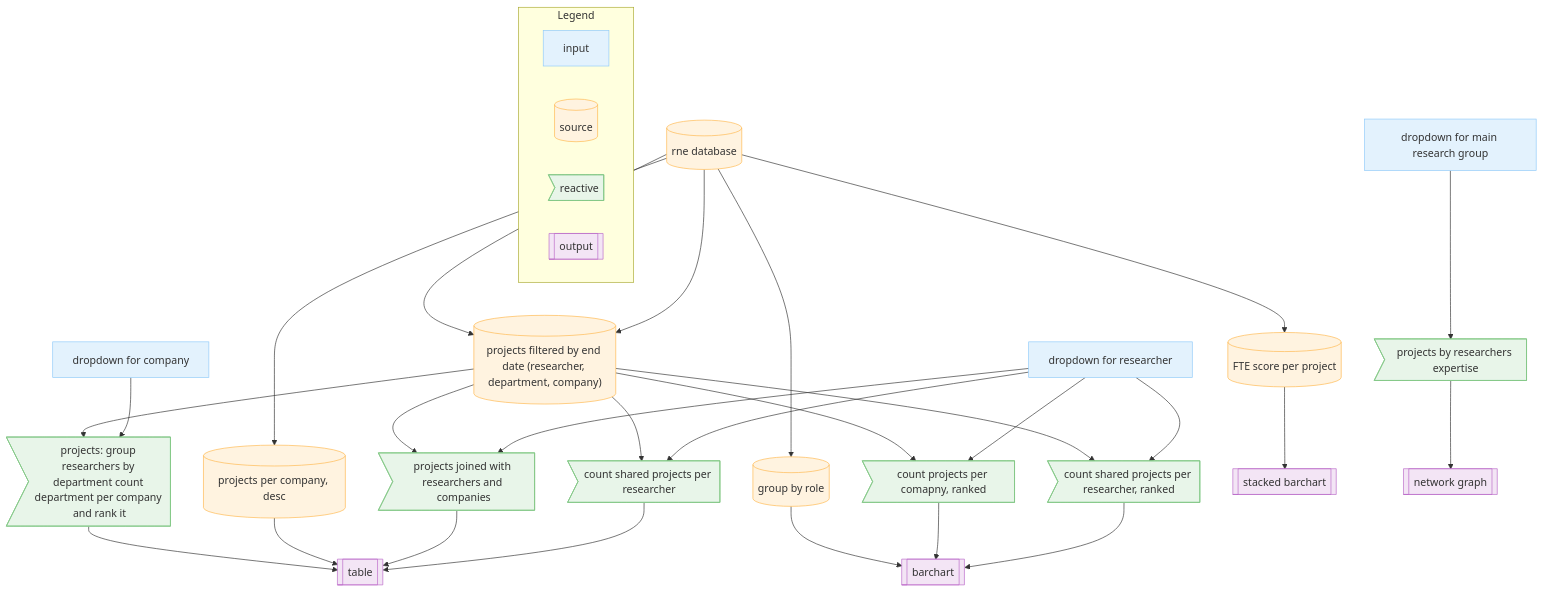
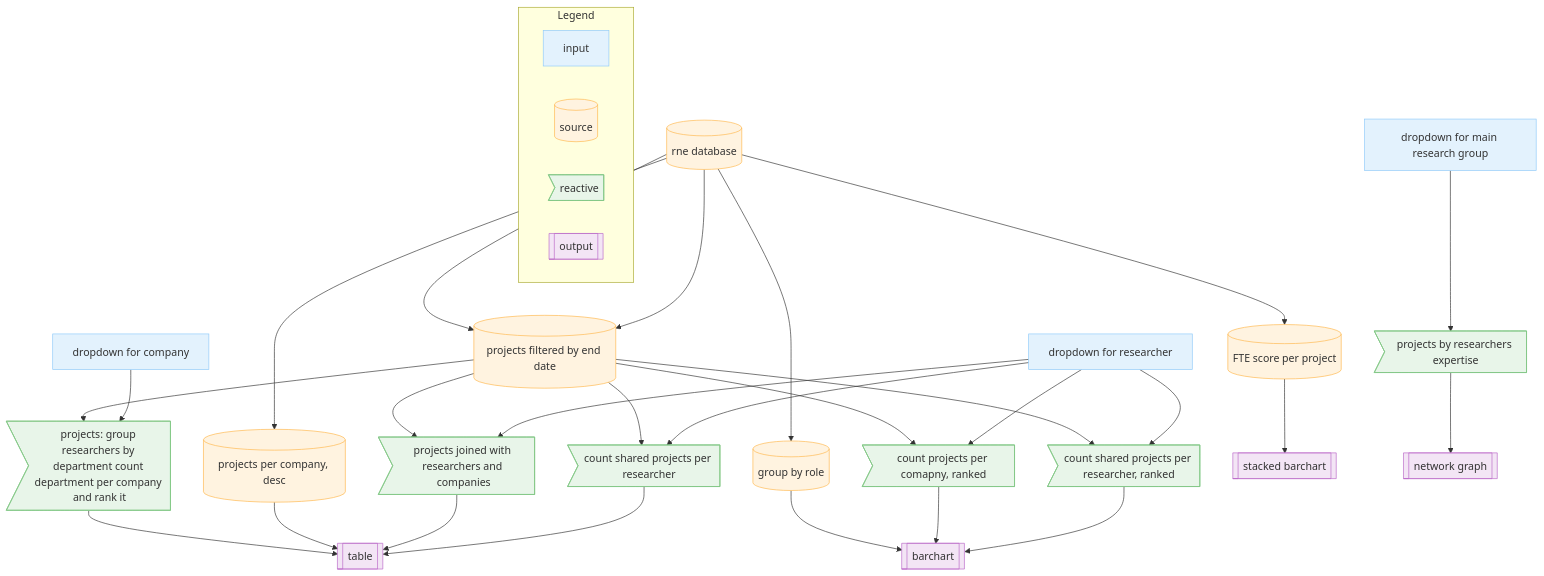
The diagram in theory/mermaid/example_flowchart_mermaid.mmd (ihno999/ReE_group1), drawn with Mermaid before and after one commit.

Commit message:
feature: last version of mermaid.

```diff
--- a/theory/mermaid/example_flowchart_mermaid.mmd
+++ b/theory/mermaid/example_flowchart_mermaid.mmd
@@ -1,88 +1,88 @@
 flowchart TD
 %% ===============================
 %% K-means Clustering on Iris Data
 %% ===============================
 
 %% Inputs
 %%  A[Select X variable]:::input
 %%  B[Select Y variable]:::input
 %%  C[Select number of clusters]:::input
     dropdownResearcher[dropdown for researcher]:::input
     dropdownCompany[dropdown for company]:::input
     dropdownMainResearchGroup[dropdown for main research group]:::input
 
 %% Source
 %%  D[(iris dataset)]:::source
     rneDatabase[(rne database)]:::source
-    projectsFilteredByEndDate[("projects filtered by end date (researcher, department, company)")]:::source
+    projectsFilteredByEndDate[("projects filtered by end date")]:::source
     BQ4A1_projectsPerCompany[(projects per company, desc)]:::source
     BQ6A1_fteScorePerProject[(FTE score per project)]:::source
     BQ6A2_groupByRole[(group by role)]:::source
 
 %% Reactives
 %%  E>subset: iris, input$xvar, input$yvar]:::reactive
 %%  F>kmeans, centers = input$clusters]:::reactive
     rneDatabase --> projectsFilteredByEndDate
 
     BQ2A1_projectsFilteredByEndDateAndCountSharedProjects>count shared projects per researcher]:::reactive
     BQ2A2_projectsFilteredByEndDateAndCountSharedProjectsAndRankIt>count shared projects per researcher, ranked]:::reactive
 
     BQ3A1_projectsFilteredByEndDateJoinWithResearchersAndCompanies>projects joined with researchers and companies]:::reactive
     BQ3A2_projectsFilteredByEndDateCountProjectsPerCompanyAndRankIt>count projects per comapny, ranked]:::reactive
 
     BQ5A1_projectsFilteredByEndDateAndGroupResearchersByDepartmentAndCountDepartmentPerCompanyAndRankIt>projects: group researchers by department count department per company and rank it]:::reactive
     BQ5A2_projectsFilteredByResearchersExpertise>projects by researchers expertise]:::reactive
 
 
 
 %% Output
 %%  G[[renderPlot: scatter plot with cluster colors]]:::output
     stackedBarchart[[stacked barchart]]:::output
     barchart[[barchart]]:::output
     table[[table]]:::output
     networkGraph[[network graph]]:::output
 
 
 
 %% Edges
     rneDatabase --> projectsFilteredByEndDate
 
     dropdownResearcher --> BQ2A1_projectsFilteredByEndDateAndCountSharedProjects
     projectsFilteredByEndDate --> BQ2A1_projectsFilteredByEndDateAndCountSharedProjects --> table
 
     dropdownResearcher --> BQ2A2_projectsFilteredByEndDateAndCountSharedProjectsAndRankIt
     projectsFilteredByEndDate --> BQ2A2_projectsFilteredByEndDateAndCountSharedProjectsAndRankIt --> barchart
 
     dropdownResearcher --> BQ3A1_projectsFilteredByEndDateJoinWithResearchersAndCompanies
     projectsFilteredByEndDate --> BQ3A1_projectsFilteredByEndDateJoinWithResearchersAndCompanies --> table
 
     dropdownResearcher --> BQ3A2_projectsFilteredByEndDateCountProjectsPerCompanyAndRankIt
     projectsFilteredByEndDate --> BQ3A2_projectsFilteredByEndDateCountProjectsPerCompanyAndRankIt --> barchart
 
     rneDatabase --> BQ4A1_projectsPerCompany --> table
 
     dropdownCompany --> BQ5A1_projectsFilteredByEndDateAndGroupResearchersByDepartmentAndCountDepartmentPerCompanyAndRankIt
     projectsFilteredByEndDate --> BQ5A1_projectsFilteredByEndDateAndGroupResearchersByDepartmentAndCountDepartmentPerCompanyAndRankIt --> table
 
     dropdownMainResearchGroup --> BQ5A2_projectsFilteredByResearchersExpertise --> networkGraph
 
     rneDatabase --> BQ6A1_fteScorePerProject --> stackedBarchart
     rneDatabase --> BQ6A2_groupByRole --> barchart
 
 %% Legend
     subgraph Legend
         L1[input]
         L2[(source)]
         L3>reactive]
         L4[[output]]
         class L1 input
         class L2 source
         class L3 reactive
         class L4 output
     end
 
 %% Class Definitions
     classDef input fill:#E3F2FD,stroke:#90CAF9
     classDef source fill:#FFF3E0,stroke:#FFB74D
     classDef reactive fill:#E8F5E9,stroke:#81C784
     classDef output fill:#F3E5F5,stroke:#BA68C8
```
